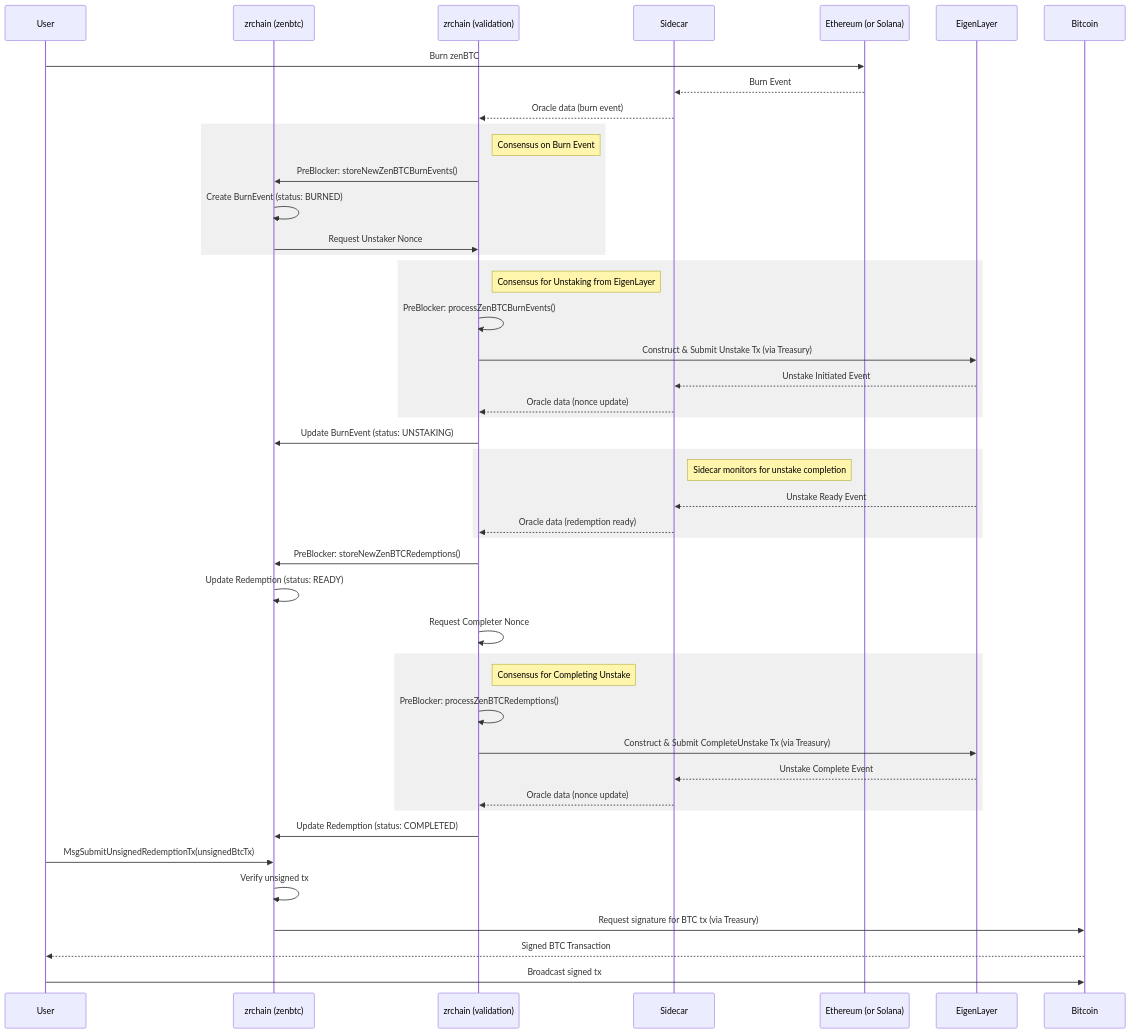
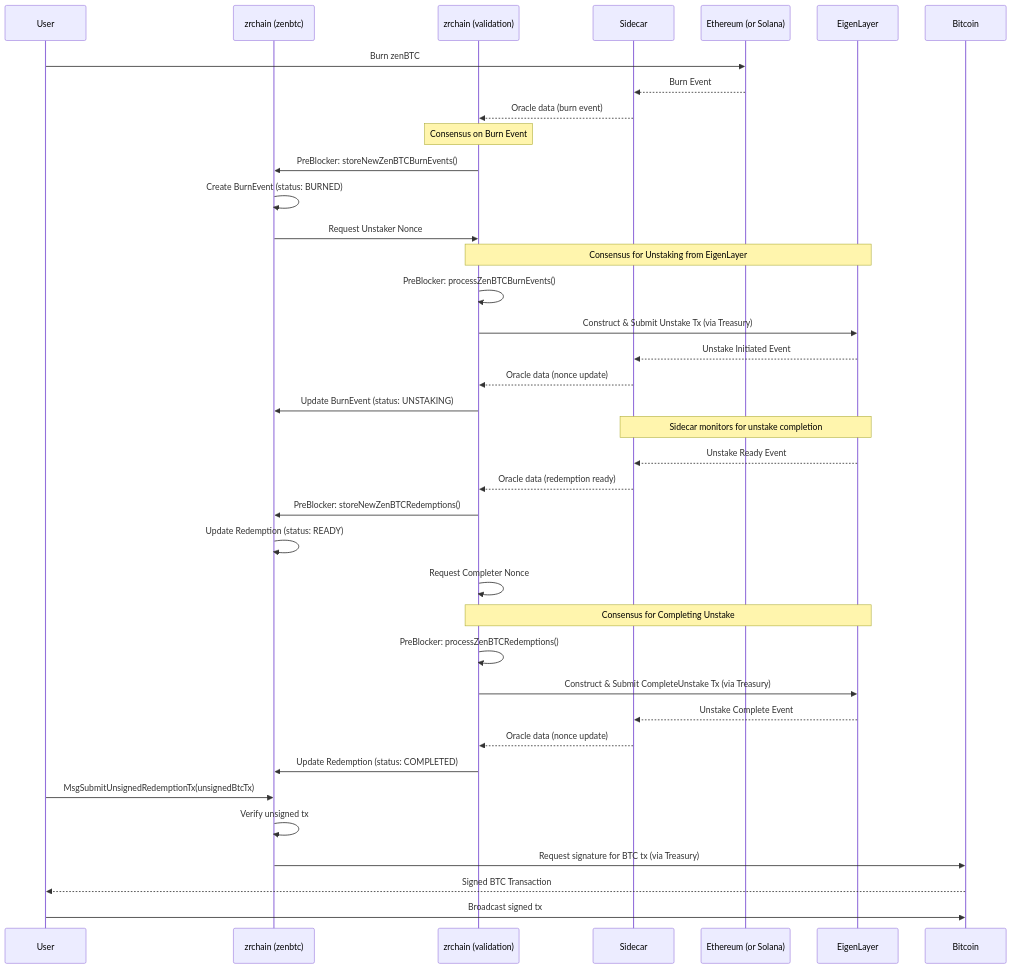
One commit to zenrocklabs/zrchain changed the second of 4 diagrams in docs/README.md. Above: the diagram before and after it, drawn with Mermaid. The commit also changed other lines of this file, not shown here.

````diff
--- a/docs/README.md
+++ b/docs/README.md
@@ -76,55 +70,47 @@
 ```mermaid
 sequenceDiagram
     participant User
     participant zrchain as zrchain (zenbtc)
     participant zrchain_val as zrchain (validation)
     participant Sidecar
     participant Ethereum as Ethereum (or Solana)
     participant EigenLayer
     participant Bitcoin
 
     User->>Ethereum: Burn zenBTC
     Ethereum-->>Sidecar: Burn Event
     Sidecar-->>zrchain_val: Oracle data (burn event)
 
-    rect rgb(240, 240, 240)
-    Note right of zrchain_val: Consensus on Burn Event
+    Note over zrchain_val: Consensus on Burn Event
     zrchain_val->>zrchain: PreBlocker: storeNewZenBTCBurnEvents()
     zrchain->>zrchain: Create BurnEvent (status: BURNED)
     zrchain->>zrchain_val: Request Unstaker Nonce
-    end
 
-    rect rgb(240, 240, 240)
-    Note right of zrchain_val: Consensus for Unstaking from EigenLayer
+    Note over zrchain_val,EigenLayer: Consensus for Unstaking from EigenLayer
     zrchain_val->>zrchain_val: PreBlocker: processZenBTCBurnEvents()
     zrchain_val->>EigenLayer: Construct & Submit Unstake Tx (via Treasury)
     EigenLayer-->>Sidecar: Unstake Initiated Event
     Sidecar-->>zrchain_val: Oracle data (nonce update)
-    end
     zrchain_val->>zrchain: Update BurnEvent (status: UNSTAKING)
 
-    rect rgb(240, 240, 240)
-    Note right of Sidecar: Sidecar monitors for unstake completion
+    Note over Sidecar,EigenLayer: Sidecar monitors for unstake completion
     EigenLayer-->>Sidecar: Unstake Ready Event
     Sidecar-->>zrchain_val: Oracle data (redemption ready)
-    end
 
     zrchain_val->>zrchain: PreBlocker: storeNewZenBTCRedemptions()
     zrchain->>zrchain: Update Redemption (status: READY)
     zrchain_val->>zrchain_val: Request Completer Nonce
 
-    rect rgb(240, 240, 240)
-    Note right of zrchain_val: Consensus for Completing Unstake
+    Note over zrchain_val,EigenLayer: Consensus for Completing Unstake
     zrchain_val->>zrchain_val: PreBlocker: processZenBTCRedemptions()
     zrchain_val->>EigenLayer: Construct & Submit CompleteUnstake Tx (via Treasury)
     EigenLayer-->>Sidecar: Unstake Complete Event
     Sidecar-->>zrchain_val: Oracle data (nonce update)
-    end
     zrchain_val->>zrchain: Update Redemption (status: COMPLETED)
 
     User->>zrchain: MsgSubmitUnsignedRedemptionTx(unsignedBtcTx)
     zrchain->>zrchain: Verify unsigned tx
     zrchain->>Bitcoin: Request signature for BTC tx (via Treasury)
     Bitcoin-->>User: Signed BTC Transaction
     User->>Bitcoin: Broadcast signed tx
 ```
````
